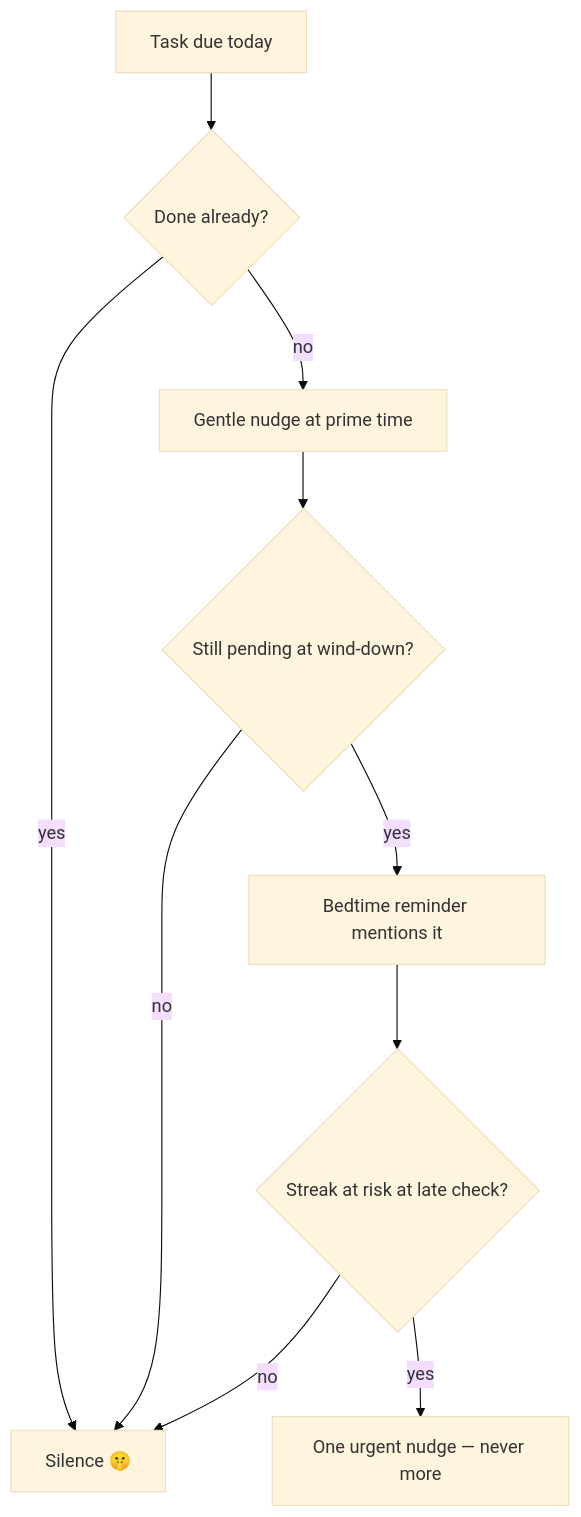
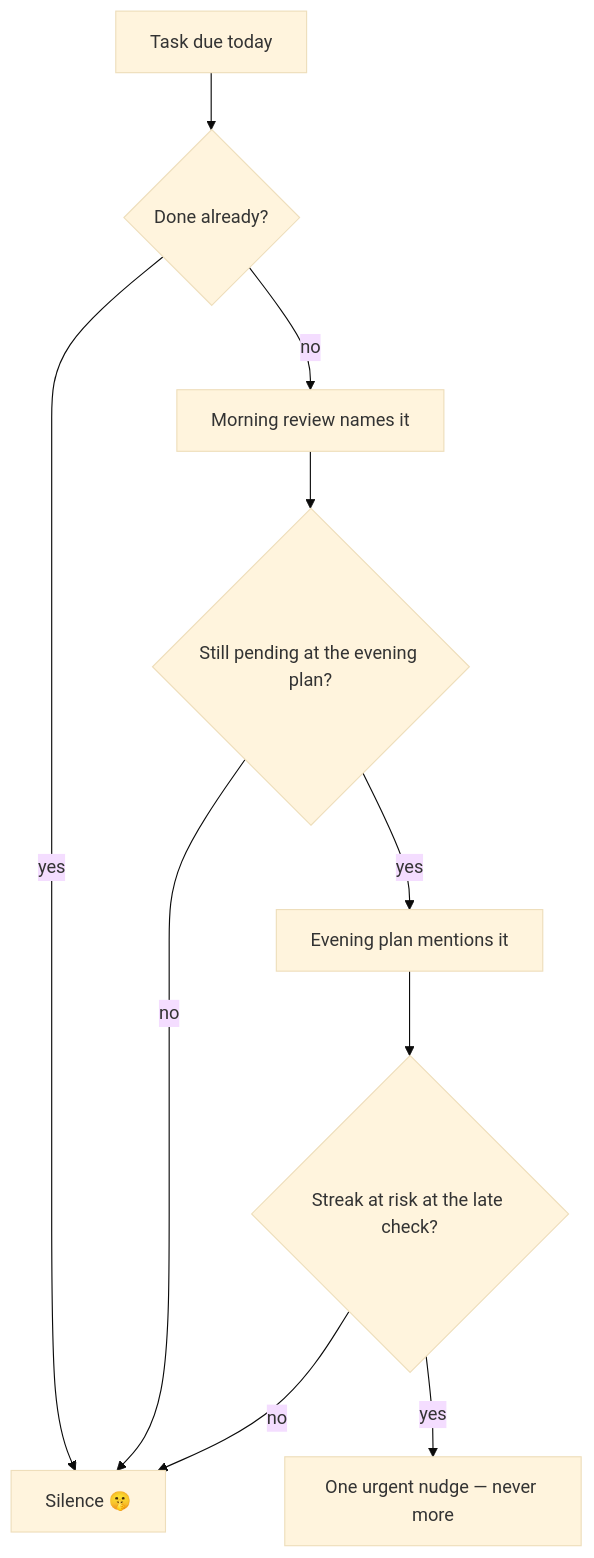
One commit to ABakdi/Harvest changed the diagram in docs/01-Specification/Notifications.md. Above: the diagram before and after it, drawn with Mermaid (base theme). The commit also changed other lines of this file and 20 other files, not shown here.

````diff
--- a/docs/01-Specification/Notifications.md
+++ b/docs/01-Specification/Notifications.md
@@ -24,12 +34,12 @@
 ```mermaid
 flowchart TD
     A[Task due today] --> B{Done already?}
     B -- yes --> Z[Silence 🤫]
-    B -- no --> C[Gentle nudge at prime time]
-    C --> D{Still pending at wind-down?}
+    B -- no --> C[Morning review names it]
+    C --> D{Still pending at the evening plan?}
     D -- no --> Z
-    D -- yes --> E[Bedtime reminder mentions it]
-    E --> F{Streak at risk at late check?}
+    D -- yes --> E[Evening plan mentions it]
+    E --> F{Streak at risk at the late check?}
     F -- no --> Z
     F -- yes --> G[One urgent nudge — never more]
 ```
````
